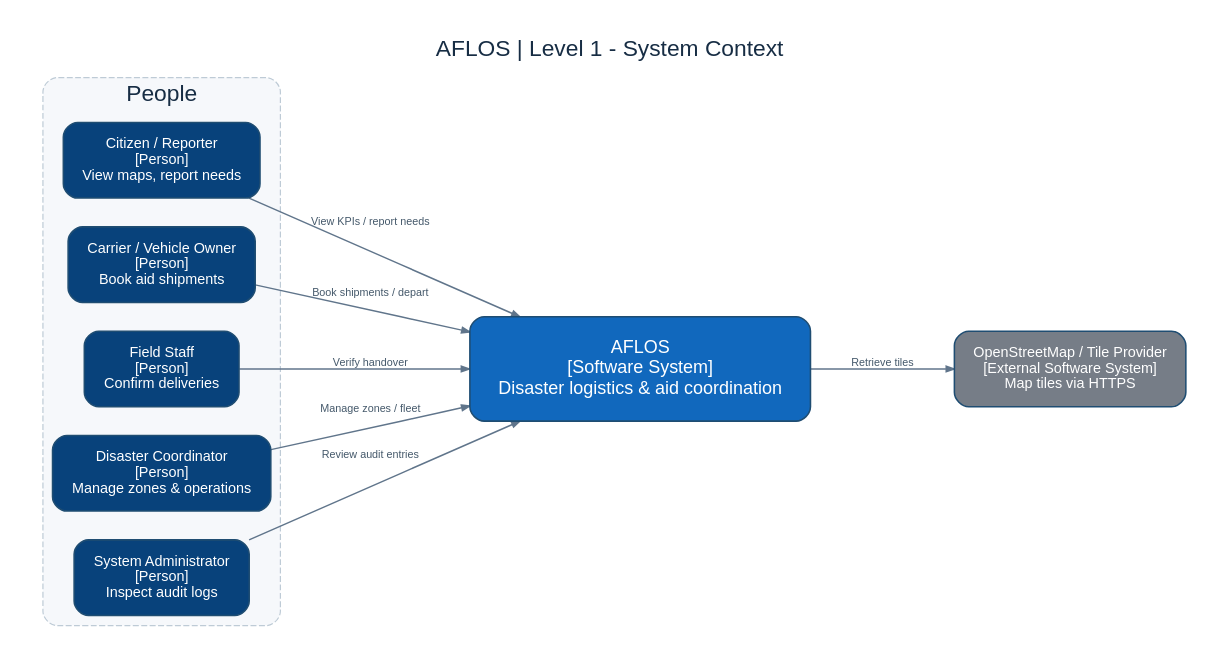
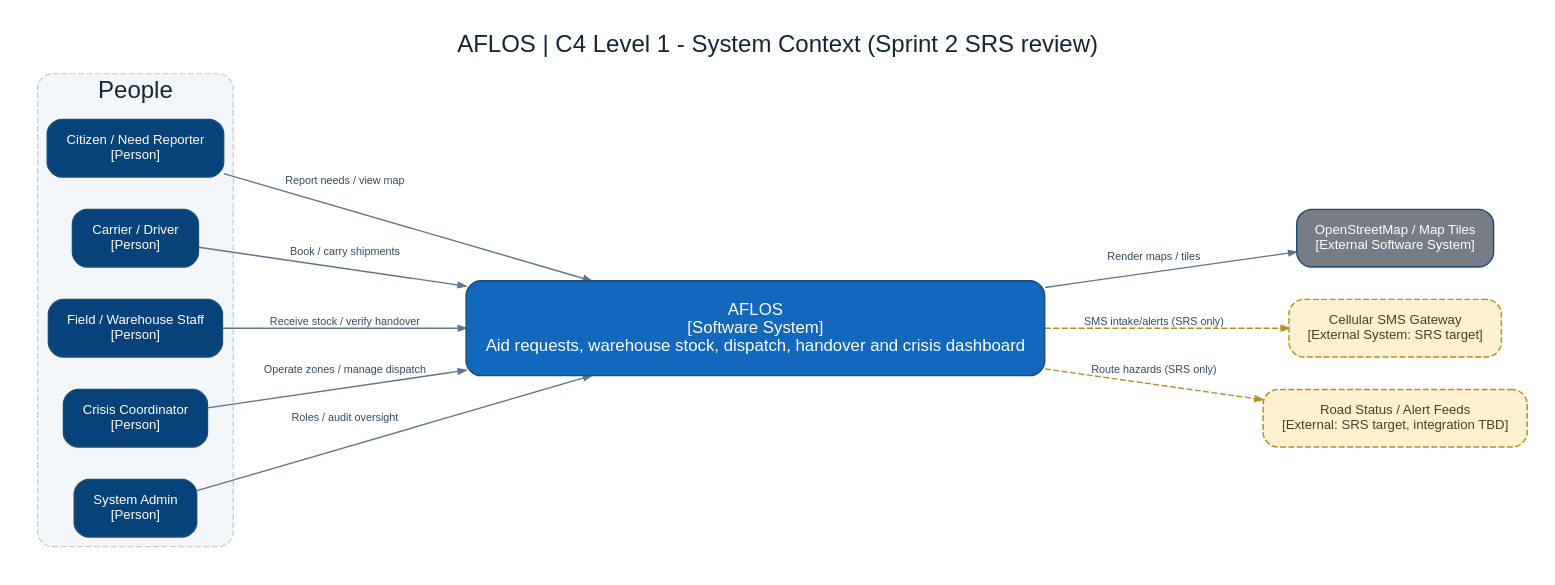
Before and after one commit to CoskunerBerke/AFLOS: the diagram in docs/architecture/diagrams/c4_level1_context.dot, drawn with Graphviz. The commit also changed 10 other files, not shown here.

Commit message:
docs(architecture): align C4 model with Sprint 2 SRS

```diff
--- a/docs/architecture/diagrams/c4_level1_context.dot
+++ b/docs/architecture/diagrams/c4_level1_context.dot
@@ -1,23 +1,25 @@
 digraph G {
-  graph [bgcolor="white", pad="0.28", nodesep="0.34", ranksep="0.9", fontname="Arial", fontsize=19, fontcolor="#172d44", splines=polyline, outputorder=edgesfirst];
-  node [shape=box, style="filled,rounded", color="#1f4d72", penwidth=1.3, fontname="Arial", fontsize=12, fontcolor="white", margin="0.22,0.16"];
-  edge [fontname="Arial", fontsize=9, color="#60758b", fontcolor="#44586a", arrowsize=0.67, penwidth=1.25];
-
-  graph [rankdir=LR, label="AFLOS | Level 1 - System Context", labelloc=t];
-  subgraph cluster_people {
-    label="People"; style="rounded,dashed"; color="#becbd6"; bgcolor="#f6f8fb";
-    citizen [label="Citizen / Reporter\n[Person]\nView maps, report needs", fillcolor="#08427b"];
-    carrier [label="Carrier / Vehicle Owner\n[Person]\nBook aid shipments", fillcolor="#08427b"];
-    field [label="Field Staff\n[Person]\nConfirm deliveries", fillcolor="#08427b"];
-    coord [label="Disaster Coordinator\n[Person]\nManage zones & operations", fillcolor="#08427b"];
-    admin [label="System Administrator\n[Person]\nInspect audit logs", fillcolor="#08427b"];
-  }
-  aflos [label="AFLOS\n[Software System]\nDisaster logistics & aid coordination", fillcolor="#1168bd", fontsize=15, margin="0.34,0.25"];
-  tiles [label="OpenStreetMap / Tile Provider\n[External Software System]\nMap tiles via HTTPS", fillcolor="#767d87"];
-  citizen -> aflos [label="View KPIs / report needs"];
-  carrier -> aflos [label="Book shipments / depart"];
-  field -> aflos [label="Verify handover"];
-  coord -> aflos [label="Manage zones / fleet"];
-  admin -> aflos [label="Review audit entries"];
-  aflos -> tiles [label="Retrieve tiles"];
+graph [bgcolor="white", pad="0.22", nodesep="0.37", ranksep="0.88", fontname="Arial", fontsize=20, fontcolor="#132638", splines=polyline, outputorder=edgesfirst];
+node [shape=box, style="filled,rounded", color="#1f4d72", penwidth=1.2, fontname="Arial", fontsize=11, fontcolor="white", margin="0.22,0.16"];
+edge [fontname="Arial", fontsize=9, color="#60758b", fontcolor="#344b61", arrowsize=0.65, penwidth=1.12];
+graph [rankdir=LR, label="AFLOS | C4 Level 1 - System Context (Sprint 2 SRS review)", labelloc=t];
+subgraph cluster_people { label="People"; style="rounded,dashed"; color="#bfccd8"; bgcolor="#f4f7fa";
+ citizen [label="Citizen / Need Reporter\n[Person]", fillcolor="#08427b"];
+ carrier [label="Carrier / Driver\n[Person]", fillcolor="#08427b"];
+ staff [label="Field / Warehouse Staff\n[Person]", fillcolor="#08427b"];
+ coord [label="Crisis Coordinator\n[Person]", fillcolor="#08427b"];
+ admin [label="System Admin\n[Person]", fillcolor="#08427b"];
 }
+aflos [label="AFLOS\n[Software System]\nAid requests, warehouse stock, dispatch, handover and crisis dashboard", fillcolor="#1168bd", fontsize=14, margin="0.33,0.23"];
+map [label="OpenStreetMap / Map Tiles\n[External Software System]", fillcolor="#767d87"];
+sms [label="Cellular SMS Gateway\n[External System: SRS target]", fillcolor="#fff1cf", color="#b78e24", fontcolor="#493f28", style="filled,dashed,rounded"];
+roads [label="Road Status / Alert Feeds\n[External: SRS target, integration TBD]", fillcolor="#fff1cf", color="#b78e24", fontcolor="#493f28", style="filled,dashed,rounded"];
+citizen -> aflos [label="Report needs / view map"];
+carrier -> aflos [label="Book / carry shipments"];
+staff -> aflos [label="Receive stock / verify handover"];
+coord -> aflos [label="Operate zones / manage dispatch"];
+admin -> aflos [label="Roles / audit oversight"];
+aflos -> map [label="Render maps / tiles"];
+aflos -> sms [style=dashed, color="#b78e24", label="SMS intake/alerts (SRS only)"];
+aflos -> roads [style=dashed, color="#b78e24", label="Route hazards (SRS only)"];
+}
```
